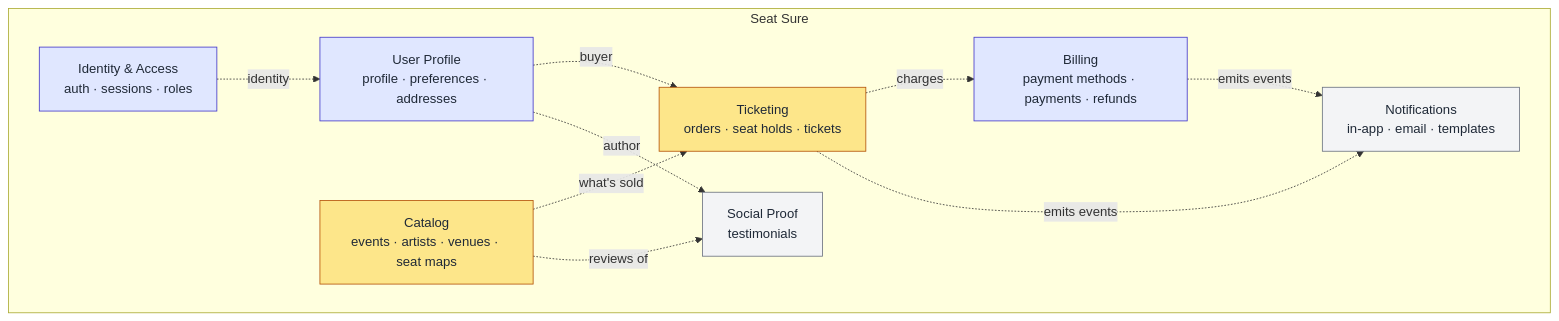
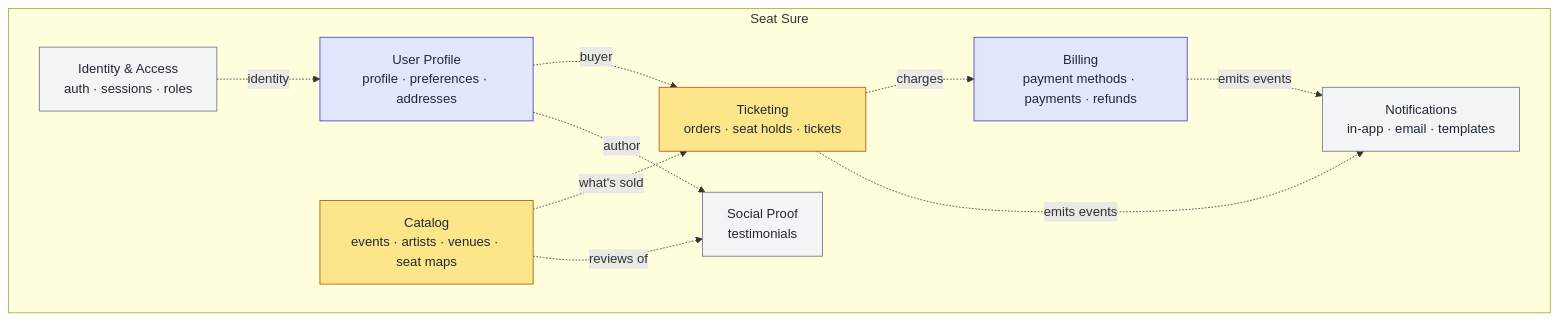
One commit to emanoelvso/seat-sure changed the first of 2 diagrams in docs/architecture/bounded-contexts.md. Above: the diagram before and after it, drawn with Mermaid. The commit also changed other lines of this file, not shown here.

````diff
--- a/docs/architecture/bounded-contexts.md
+++ b/docs/architecture/bounded-contexts.md
@@ -7,29 +7,29 @@
 ```mermaid
 graph TB
     subgraph "Seat Sure"
         IA[Identity & Access<br/>auth · sessions · roles]
         UP[User Profile<br/>profile · preferences · addresses]
         CAT[Catalog<br/>events · artists · venues · seat maps]
         TKT[Ticketing<br/>orders · seat holds · tickets]
         BIL[Billing<br/>payment methods · payments · refunds]
         SP[Social Proof<br/>testimonials]
         NOT[Notifications<br/>in-app · email · templates]
     end
 
     IA -.identity.-> UP
     UP -.buyer.-> TKT
     CAT -.what's sold.-> TKT
     TKT -.charges.-> BIL
     TKT -.emits events.-> NOT
     BIL -.emits events.-> NOT
     CAT -.reviews of.-> SP
     UP -.author.-> SP
 
     classDef core fill:#fde68a,stroke:#b45309,color:#1f2937
     classDef supporting fill:#e0e7ff,stroke:#4338ca,color:#1f2937
     classDef generic fill:#f3f4f6,stroke:#6b7280,color:#1f2937
 
     class TKT,CAT core
-    class IA,UP,BIL supporting
-    class SP,NOT generic
+    class UP,BIL supporting
+    class SP,NOT,IA generic
 ```
````
